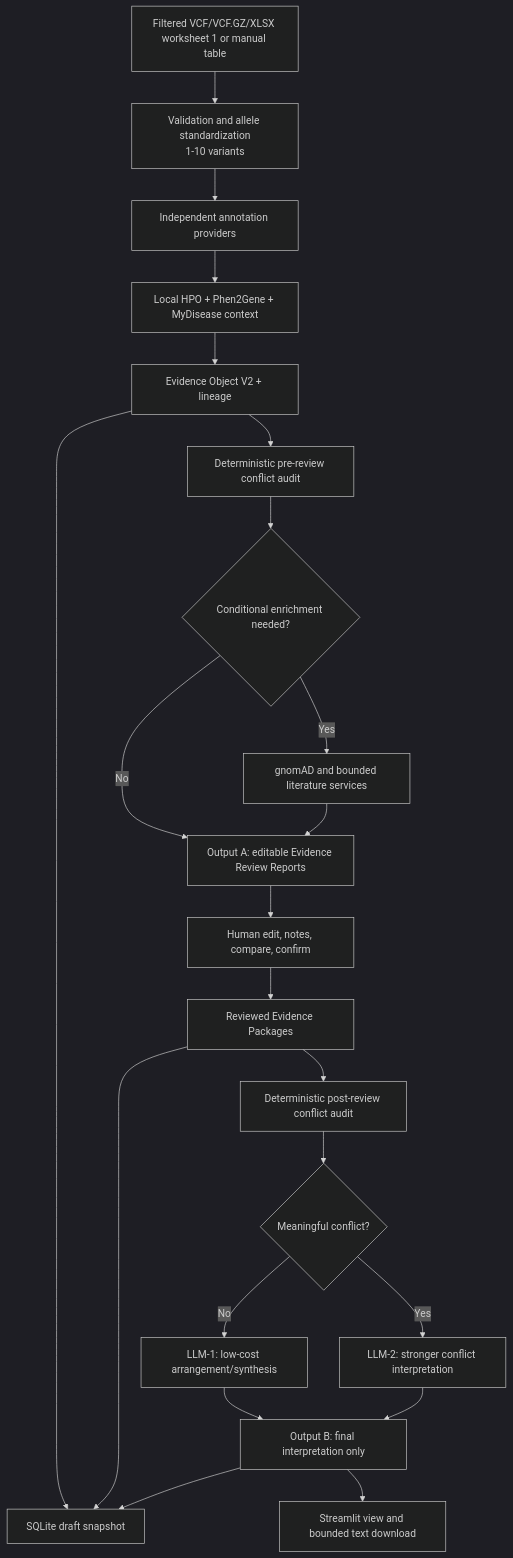
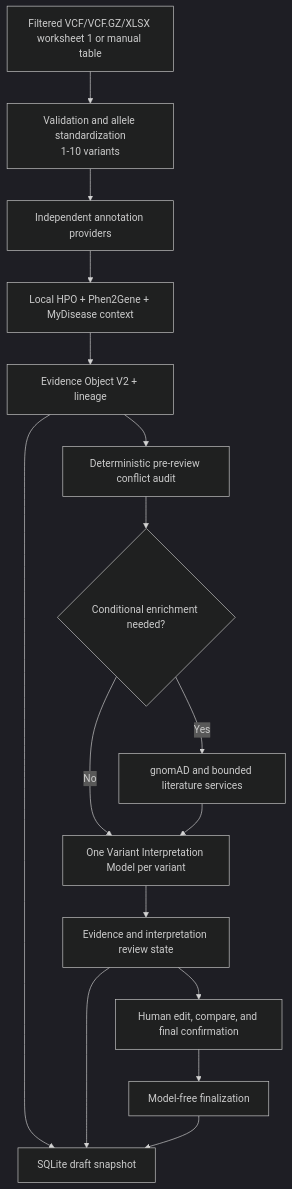
Before and after one commit to parhamKIY/CLINCAL_VARIANT_WEB_APPLICATION: the second of 2 diagrams in docs/PROJECT_DECLARATION.md, drawn with Mermaid (dark theme). The commit also changed other lines of this file and 8 other files, not shown here.

Commit message:
Implement Stage 51 interpretation-before-review workflow

````diff
--- a/docs/PROJECT_DECLARATION.md
+++ b/docs/PROJECT_DECLARATION.md
@@ -250,24 +262,18 @@
 ```mermaid
 flowchart TD
     U["Filtered VCF/VCF.GZ/XLSX worksheet 1 or manual table"] --> V["Validation and allele standardization<br/>1-10 variants"]
     V --> A["Independent annotation providers"]
     A --> P["Local HPO + Phen2Gene + MyDisease context"]
     P --> E["Evidence Object V2 + lineage"]
     E --> C1["Deterministic pre-review conflict audit"]
     C1 --> CE{"Conditional enrichment needed?"}
     CE -- Yes --> X["gnomAD and bounded literature services"]
-    CE -- No --> O
-    X --> O["Output A: editable Evidence Review Reports"]
-    O --> H["Human edit, notes, compare, confirm"]
-    H --> RP["Reviewed Evidence Packages"]
-    RP --> C2["Deterministic post-review conflict audit"]
-    C2 --> R{"Meaningful conflict?"}
-    R -- No --> L1["LLM-1: low-cost arrangement/synthesis"]
-    R -- Yes --> L2["LLM-2: stronger conflict interpretation"]
-    L1 --> B["Output B: final interpretation only"]
-    L2 --> B
+    CE -- No --> VI
+    X --> VI["One Variant Interpretation Model per variant"]
+    VI --> D["Evidence and interpretation review state"]
+    D --> H["Human edit, compare, and final confirmation"]
+    H --> F["Model-free finalization"]
     E --> DB["SQLite draft snapshot"]
-    RP --> DB
-    B --> DB
-    B --> DL["Streamlit view and bounded text download"]
+    D --> DB
+    F --> DB
 ```
````
